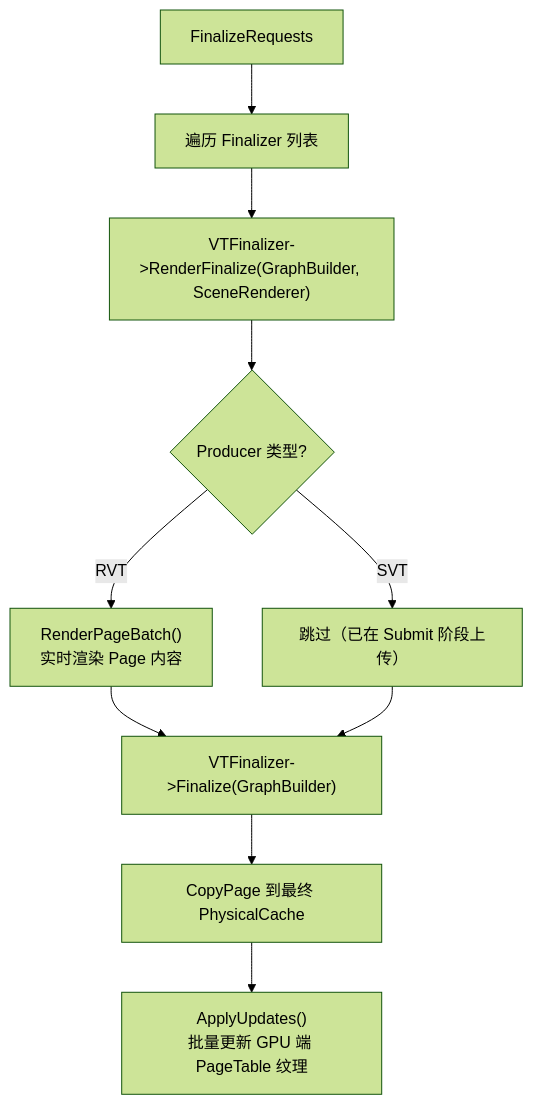
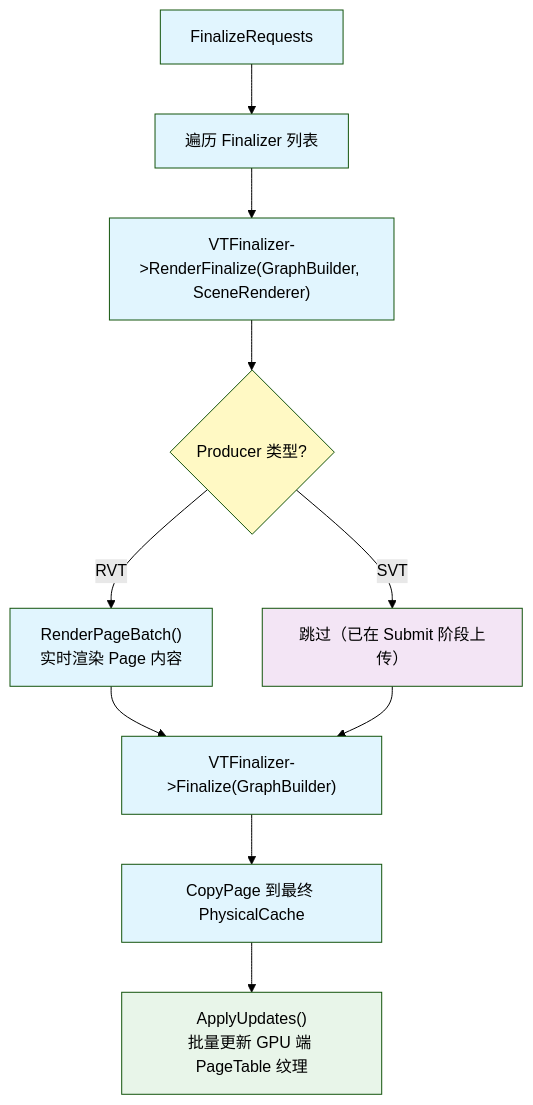
Before and after one commit to mr0ptimist/mroptimist.github.io: the ninth of 21 diagrams in content/posts/UE5_Virtual_Texture_与_Runtime_Virtual_Texture_源码级全流程解析.md, drawn with Mermaid (forest theme). The commit also changed other lines of this file and 2 other files, not shown here.

First line of the commit message:
Mermaid 图表 Dark Reader 兼容：所有 flowchart 加 classDef 配色 + 文字强制黑色

````diff
--- a/content/posts/UE5_Virtual_Texture_与_Runtime_Virtual_Texture_源码级全流程解析.md
+++ b/content/posts/UE5_Virtual_Texture_与_Runtime_Virtual_Texture_源码级全流程解析.md
@@ -415,14 +473,23 @@
 ```mermaid
 flowchart TD
     A["FinalizeRequests"] --> B["遍历 Finalizer 列表"]
     B --> C["VTFinalizer->RenderFinalize(GraphBuilder, SceneRenderer)"]
     C --> C1{"Producer 类型?"}
     C1 -->|"RVT"| C2["RenderPageBatch()
 实时渲染 Page 内容"]
     C1 -->|"SVT"| C3["跳过（已在 Submit 阶段上传）"]
     C2 --> D["VTFinalizer->Finalize(GraphBuilder)"]
     C3 --> D
     D --> D1["CopyPage 到最终 PhysicalCache"]
     D1 --> E["ApplyUpdates()
 批量更新 GPU 端 PageTable 纹理"]
+
+    classDef proc fill:#e1f5fe,color:#000
+    classDef dec fill:#fff9c4,color:#000
+    classDef ok fill:#e8f5e9,color:#000
+    classDef out fill:#f3e5f5,color:#000
+    class A,B,C,C2,D,D1 proc
+    class C1 dec
+    class C3 out
+    class E ok
 ```
````
